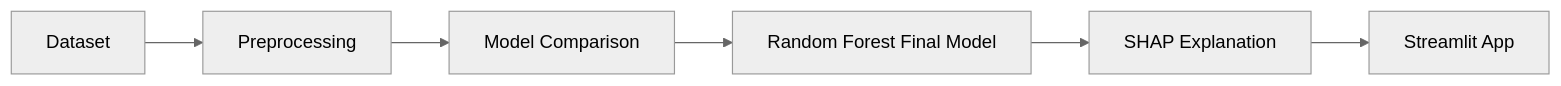
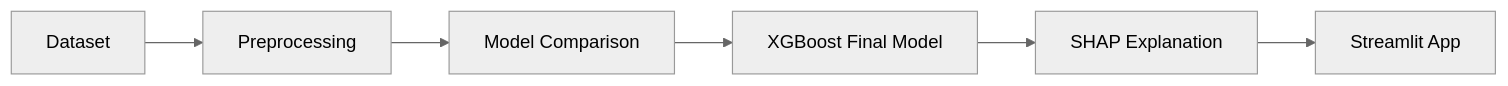
The diagram in README.md (tahasadiki91/medical-decision-support), drawn with Mermaid (neutral theme) before and after one commit. The commit also changed other lines of this file, not shown here.

First line of the commit message:
Revise README for model updates and task management

````diff
--- a/README.md
+++ b/README.md
@@ -15,8 +15,8 @@
 ```mermaid
 flowchart LR
     A[Dataset] --> B[Preprocessing]
     B --> C[Model Comparison]
-    C --> D[Random Forest Final Model]
+    C --> D[XGBoost Final Model]
     D --> E[SHAP Explanation]
     E --> F[Streamlit App]
 ```
````
